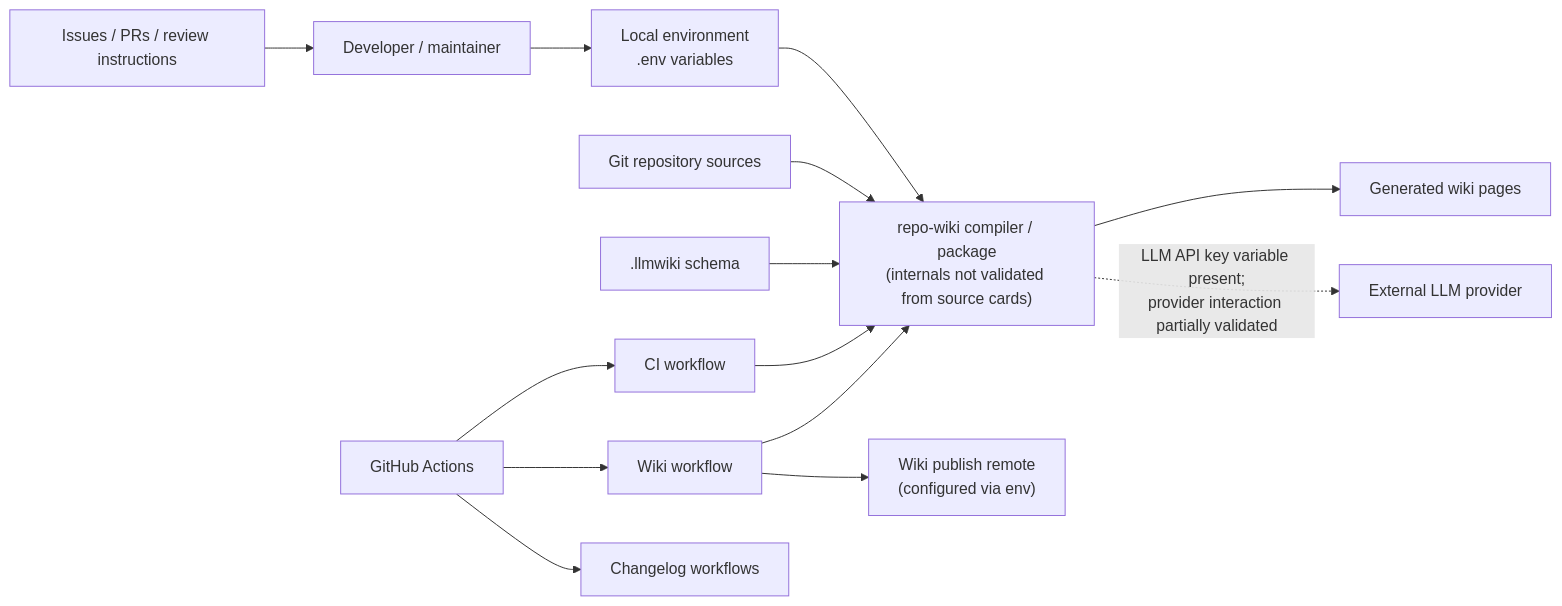
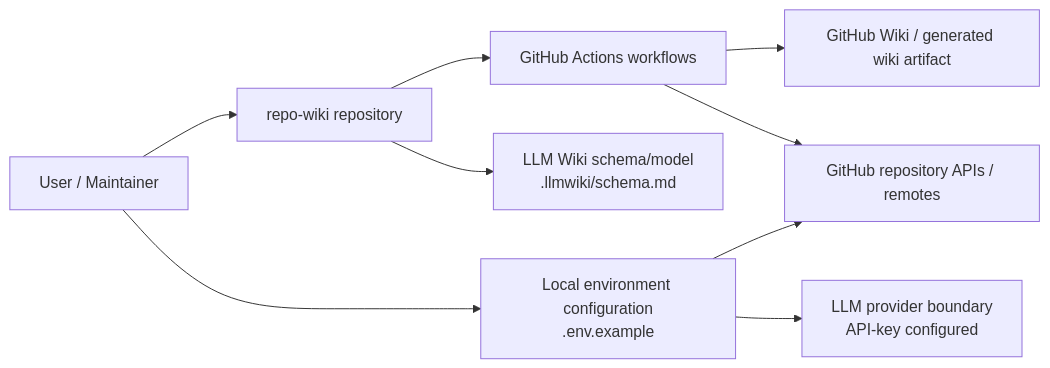
One commit to mfittko/repo-wiki changed the first of 3 diagrams in Architecture.md. Above: the diagram before and after it, drawn with Mermaid. The commit also changed other lines of this file and 43 other files, not shown here.

Commit message:
Compile repository wiki 2026-05-14T08:25:44.919Z

````diff
--- a/Architecture.md
+++ b/Architecture.md
@@ -53,21 +43,20 @@
 ```mermaid
 flowchart LR
-    Dev["Developer / maintainer"] --> LocalEnv["Local environment<br/>.env variables"]
-    LocalEnv --> Tool["repo-wiki compiler / package<br/>(internals not validated from source cards)"]
+  User["User / Maintainer"]
+  Repo["repo-wiki repository"]
+  Env["Local environment configuration<br/>.env.example"]
+  Schema["LLM Wiki schema/model<br/>.llmwiki/schema.md"]
+  Actions["GitHub Actions workflows"]
+  Wiki["GitHub Wiki / generated wiki artifact"]
+  GitHub["GitHub repository APIs / remotes"]
+  LLM["LLM provider boundary<br/>API-key configured"]
 
-    Repo["Git repository sources"] --> Tool
-    Schema[".llmwiki schema"] --> Tool
-    Tool --> Wiki["Generated wiki pages"]
-
-    GH["GitHub Actions"] --> CI["CI workflow"]
-    GH --> WikiWorkflow["Wiki workflow"]
-    GH --> Changelog["Changelog workflows"]
-
-    CI --> Tool
-    WikiWorkflow --> Tool
-    WikiWorkflow --> WikiRemote["Wiki publish remote<br/>(configured via env)"]
-
-    Tool -. "LLM API key variable present;<br/>provider interaction partially validated" .-> LLM["External LLM provider"]
-
-    Issues["Issues / PRs / review instructions"] --> Dev
+  User --> Repo
+  User --> Env
+  Repo --> Schema
+  Repo --> Actions
+  Actions --> Wiki
+  Actions --> GitHub
+  Env --> GitHub
+  Env --> LLM
 ```
````
